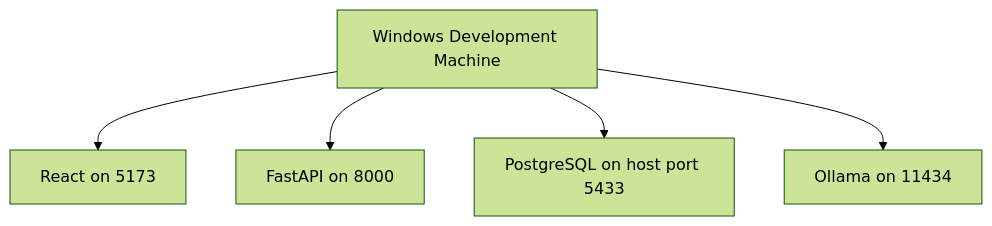
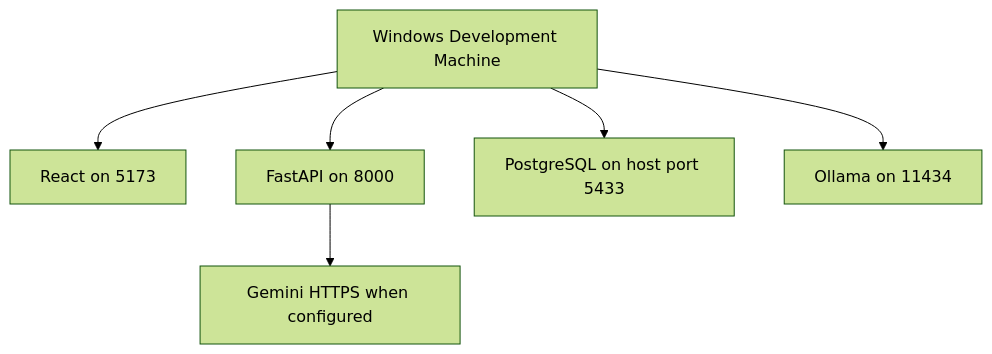
One commit to mohamedwaked05/Sou2-AI changed the fifth of 5 diagrams in ARCHITECTURE.md. Above: the diagram before and after it, drawn with Mermaid (forest theme). The commit also changed other lines of this file and 6 other files, not shown here.

````diff
--- a/ARCHITECTURE.md
+++ b/ARCHITECTURE.md
@@ -442,8 +466,9 @@
 ```mermaid
 flowchart TD
     PC[Windows Development Machine]
     PC --> FE[React on 5173]
     PC --> BE[FastAPI on 8000]
     PC --> PG[PostgreSQL on host port 5433]
     PC --> OL[Ollama on 11434]
+    BE --> GM[Gemini HTTPS when configured]
 ```
````
